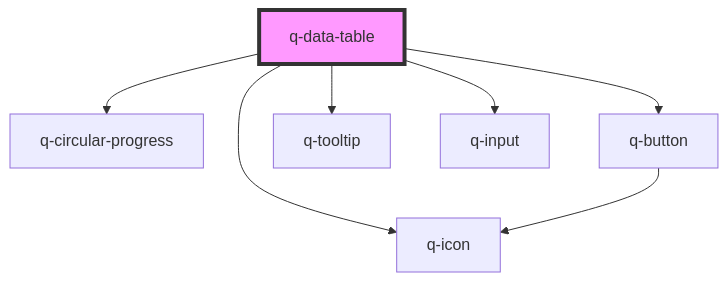
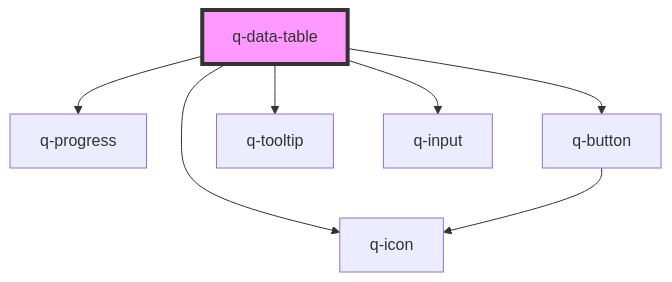
Before and after one commit to XsAndre-L/WebQuark: the diagram in src/components/data-display/data-table/readme.md, drawn with Mermaid. The commit also changed other lines of this file and 20 other files, not shown here.

````diff
--- a/src/components/data-display/data-table/readme.md
+++ b/src/components/data-display/data-table/readme.md
@@ -105,10 +105,10 @@
 ```mermaid
 graph TD;
-  q-data-table --> q-circular-progress
+  q-data-table --> q-progress
   q-data-table --> q-button
   q-data-table --> q-icon
   q-data-table --> q-tooltip
   q-data-table --> q-input
   q-button --> q-icon
   style q-data-table fill:#f9f,stroke:#333,stroke-width:4px
 ```
````
